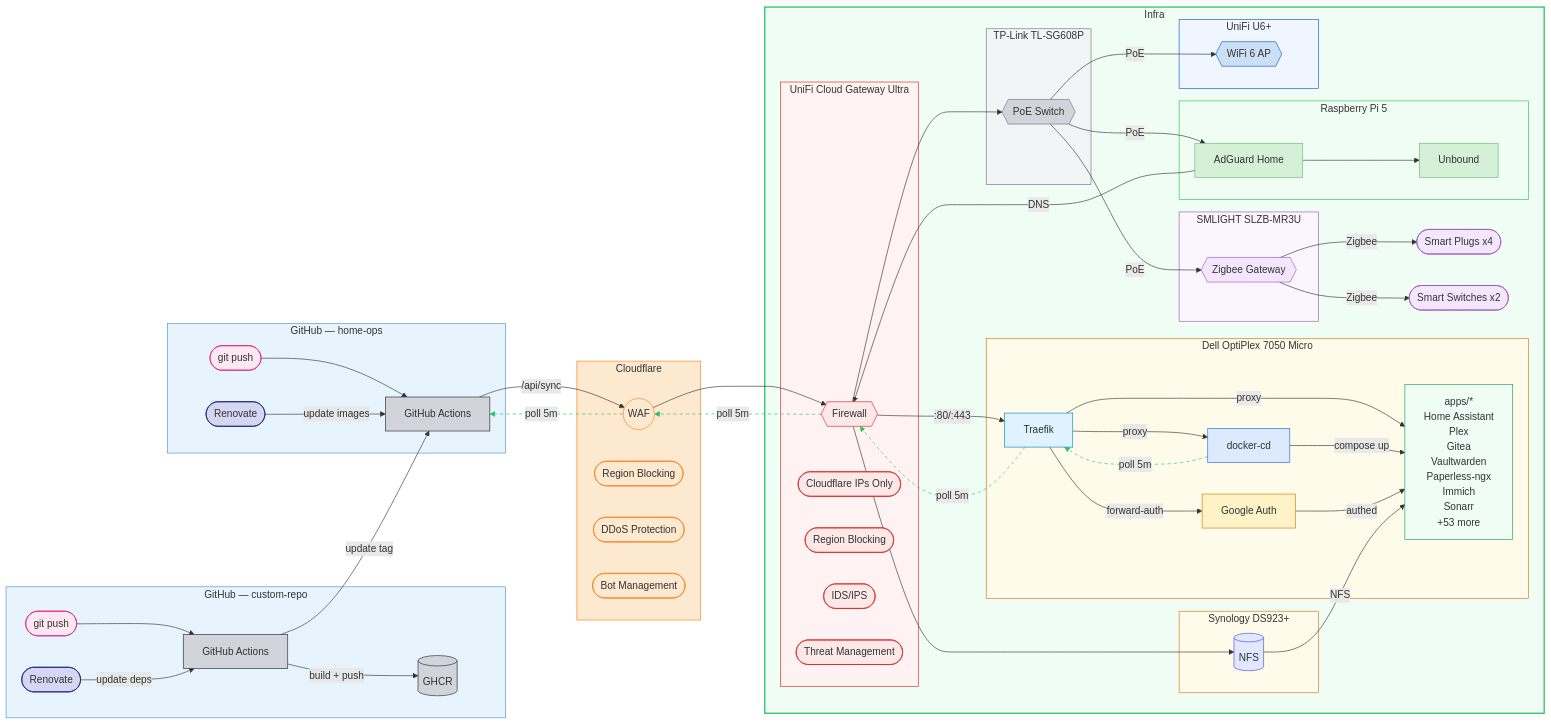
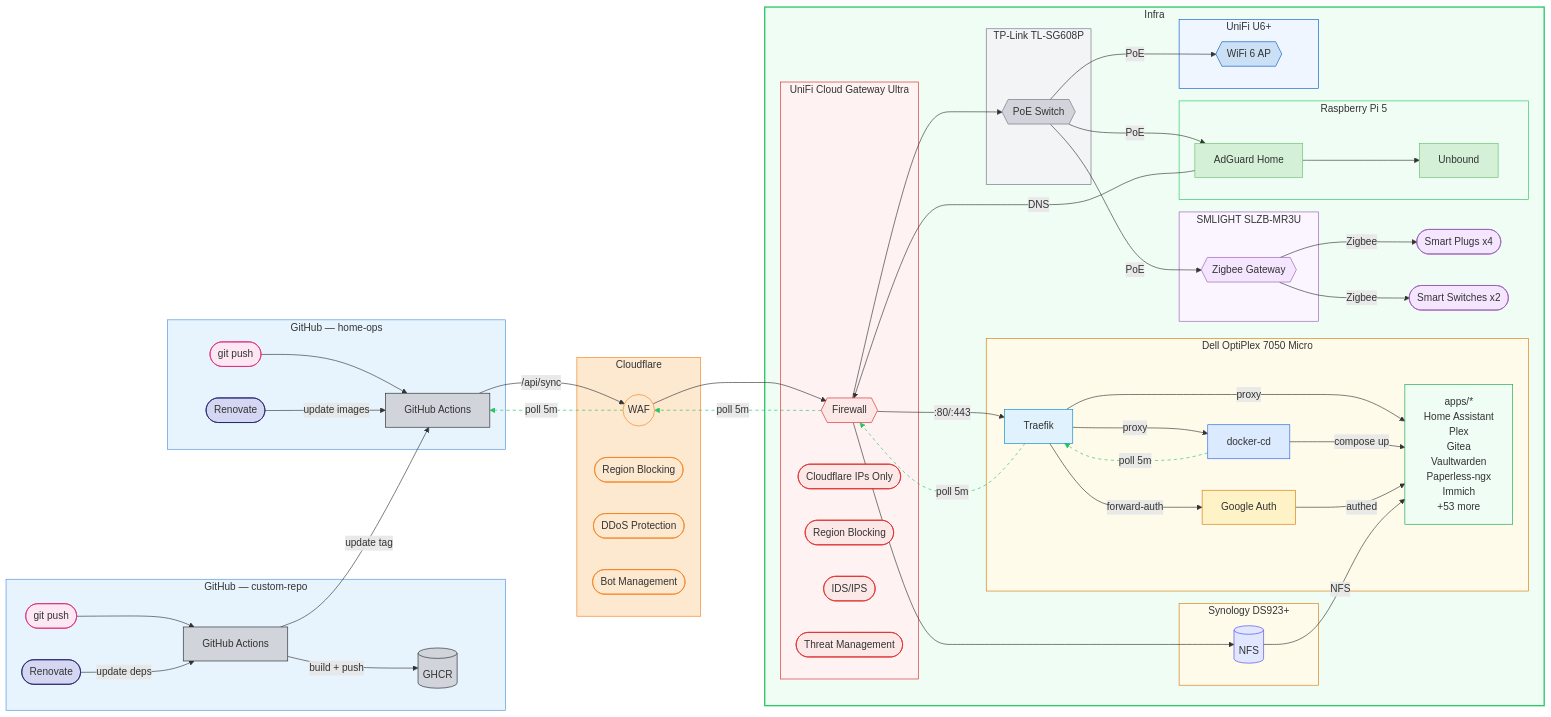
Before and after one commit to wajeht/home-ops: the diagram in README.md, drawn with Mermaid.

Commit message:
docs: remove sonarr from the services list

```diff
--- a/README.md
+++ b/README.md
@@ -55,7 +55,6 @@
             Vaultwarden
             Paperless-ngx
             Immich
-            Sonarr
             +53 more"]
         end
 
```
